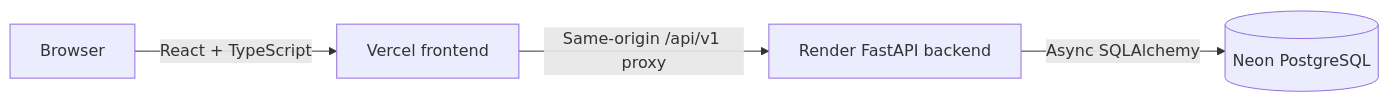
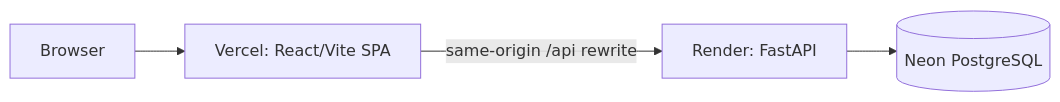
Before and after one commit to KYogeshPandey/ShikshaSathi: the diagram in README.md, drawn with Mermaid. The commit also changed other lines of this file and 42 other files, not shown here.

````diff
--- a/README.md
+++ b/README.md
@@ -148,6 +330,6 @@
 ```mermaid
 flowchart LR
-    B[Browser] -->|React + TypeScript| V[Vercel frontend]
-    V -->|Same-origin /api/v1 proxy| R[Render FastAPI backend]
-    R -->|Async SQLAlchemy| N[(Neon PostgreSQL)]
+    Browser --> Vercel["Vercel: React/Vite SPA"]
+    Vercel -->|"same-origin /api rewrite"| Render["Render: FastAPI"]
+    Render --> Neon[("Neon PostgreSQL")]
 ```
````
